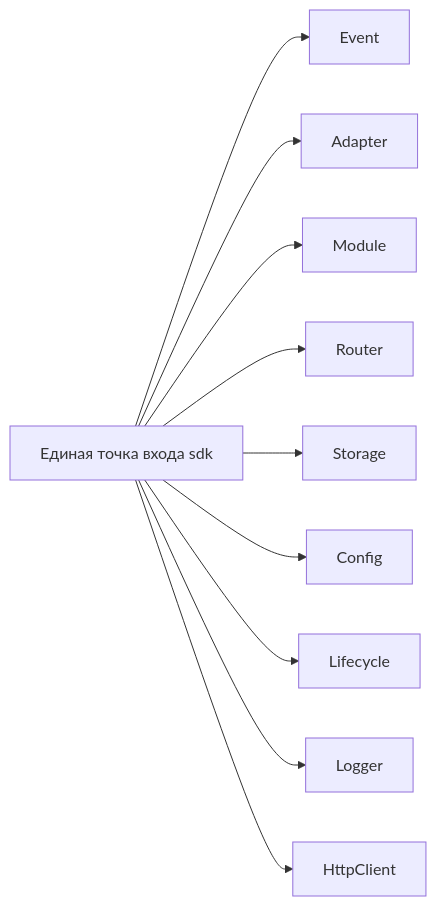
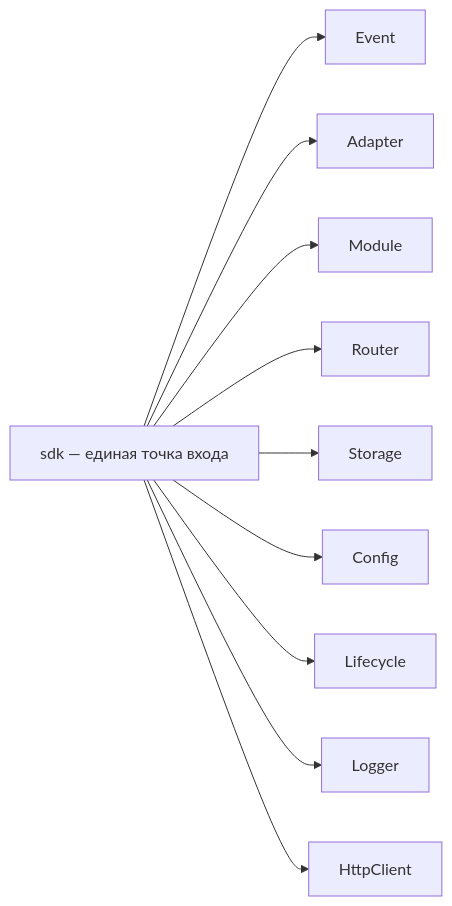
Before and after one commit to ErisPulse/ErisPulse: the second of 2 diagrams in README.ru.md, drawn with Mermaid. The commit also changed other lines of this file and 7 other files, not shown here.

````diff
--- a/README.ru.md
+++ b/README.ru.md
@@ -436,5 +436,5 @@
 ```mermaid
 graph LR
-    SDK["Единая точка входа sdk"] --> Event & Adapter & Module & Router & Storage
+    SDK["sdk — единая точка входа"] --> Event & Adapter & Module & Router & Storage
     SDK --> Config & Lifecycle & Logger & HttpClient
 ```
````
